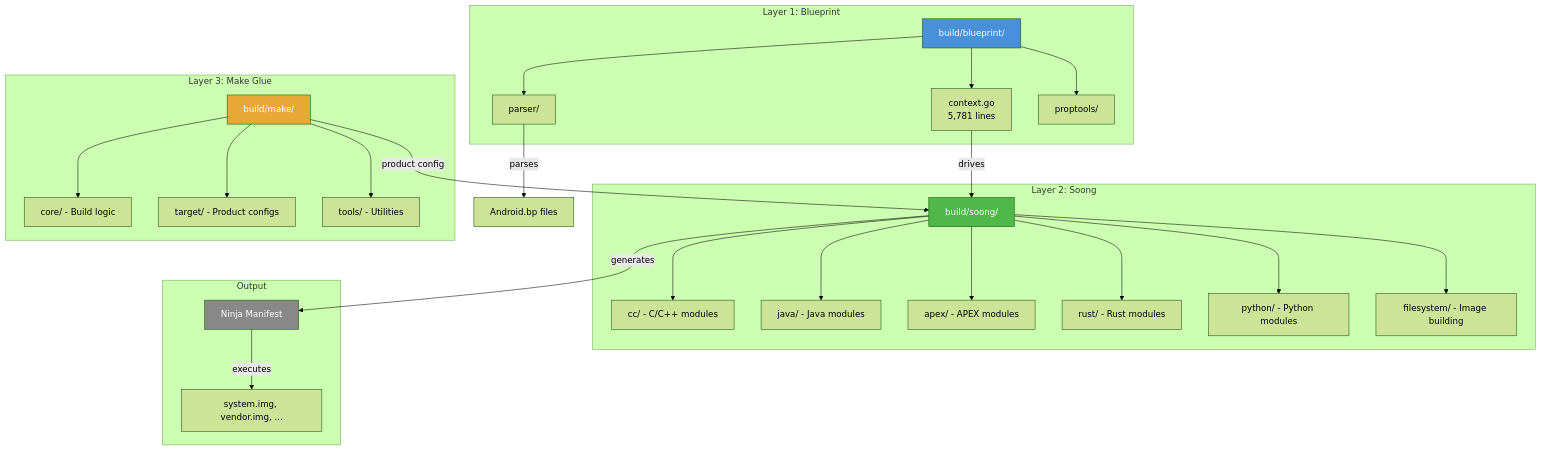
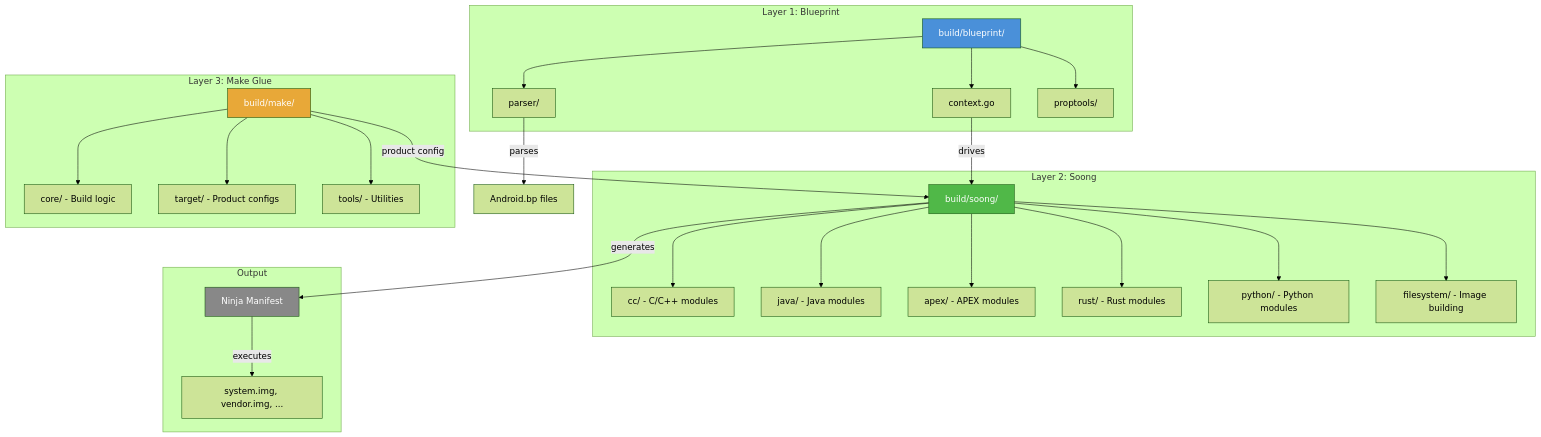
One commit to aospbooks/aosp-internal-book changed the second of 18 diagrams in 02-source-and-build.md. Above: the diagram before and after it, drawn with Mermaid (forest theme).

Commit message:
02-source-and-build: drop line-count annotation from mermaid

````diff
--- a/02-source-and-build.md
+++ b/02-source-and-build.md
@@ -589,54 +589,54 @@
 ```mermaid
 graph TB
     subgraph "Layer 1: Blueprint"
         BP[build/blueprint/]
-        BPC["context.go<br/>5,781 lines"]
+        BPC["context.go"]
         BPP[parser/]
         BPG[proptools/]
         BP --> BPC
         BP --> BPP
         BP --> BPG
     end
 
     subgraph "Layer 2: Soong"
         SG[build/soong/]
         SGC[cc/ - C/C++ modules]
         SGJ[java/ - Java modules]
         SGA[apex/ - APEX modules]
         SGR[rust/ - Rust modules]
         SGP[python/ - Python modules]
         SGF[filesystem/ - Image building]
         SG --> SGC
         SG --> SGJ
         SG --> SGA
         SG --> SGR
         SG --> SGP
         SG --> SGF
     end
 
     subgraph "Layer 3: Make Glue"
         MK[build/make/]
         MKC[core/ - Build logic]
         MKT[target/ - Product configs]
         MKL[tools/ - Utilities]
         MK --> MKC
         MK --> MKT
         MK --> MKL
     end
 
     subgraph "Output"
         NJ[Ninja Manifest]
         IMG[system.img, vendor.img, ...]
     end
 
     BPP -->|parses| ABPF[Android.bp files]
     BPC -->|drives| SG
     SG -->|generates| NJ
     MK -->|product config| SG
     NJ -->|executes| IMG
 
     style BP fill:#4a90d9,color:#fff
     style SG fill:#50b848,color:#fff
     style MK fill:#e8a838,color:#fff
     style NJ fill:#888,color:#fff
 ```
````
